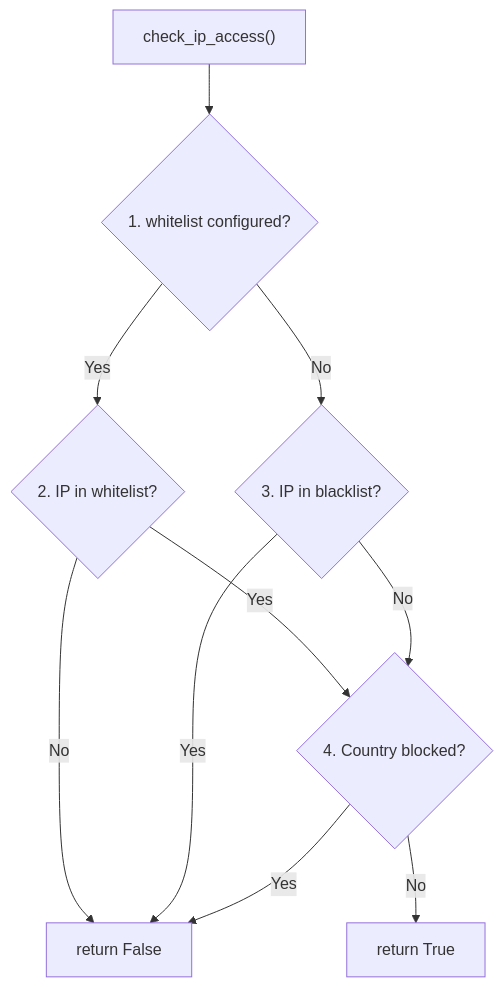
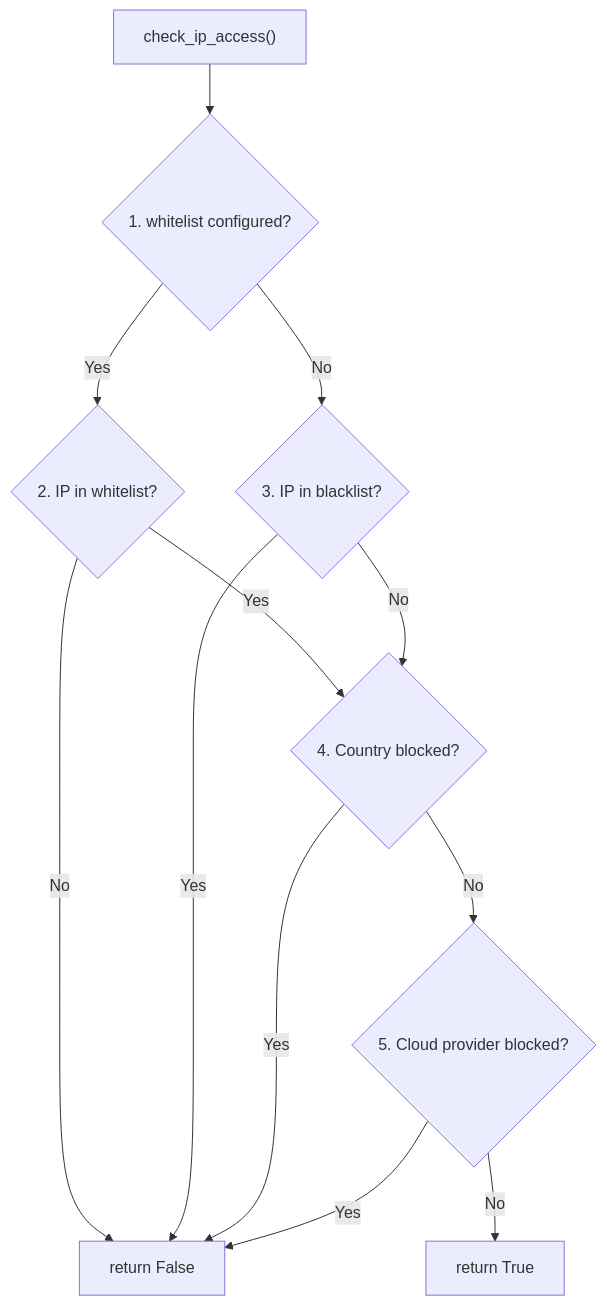
The diagram in docs/internals/ip-management.md (Guard-Core/guard-core), drawn with Mermaid before and after one commit. The commit also changed other lines of this file and 11 other files, not shown here.

````diff
--- a/docs/internals/ip-management.md
+++ b/docs/internals/ip-management.md
@@ -82,20 +82,23 @@
 ```mermaid
 flowchart TD
     START["check_ip_access()"]
     WLSET{"1. whitelist configured?"}
     WL{"2. IP in whitelist?"}
     BL{"3. IP in blacklist?"}
     CC{"4. Country blocked?"}
+    CL{"5. Cloud provider blocked?"}
     ALLOW["return True"]
     DENY["return False"]
 
     START --> WLSET
     WLSET -- Yes --> WL
     WL -- Yes --> CC
     WL -- No --> DENY
     WLSET -- No --> BL
     BL -- Yes --> DENY
     BL -- No --> CC
     CC -- Yes --> DENY
-    CC -- No --> ALLOW
+    CC -- No --> CL
+    CL -- Yes --> DENY
+    CL -- No --> ALLOW
 ```
````
